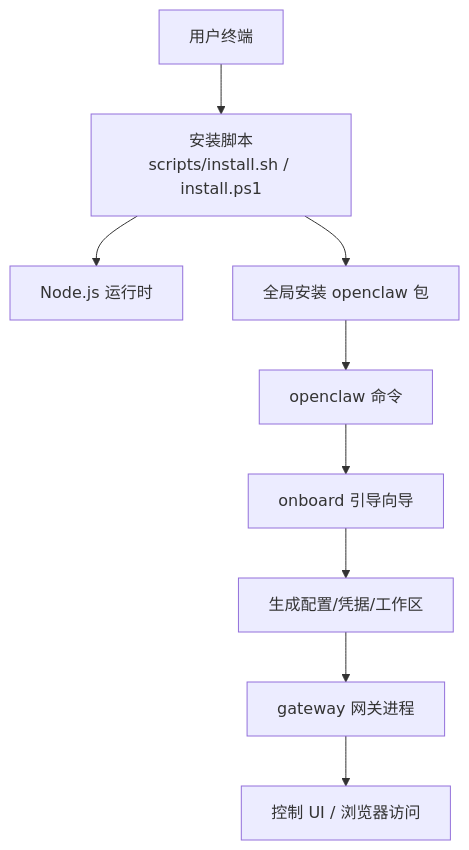
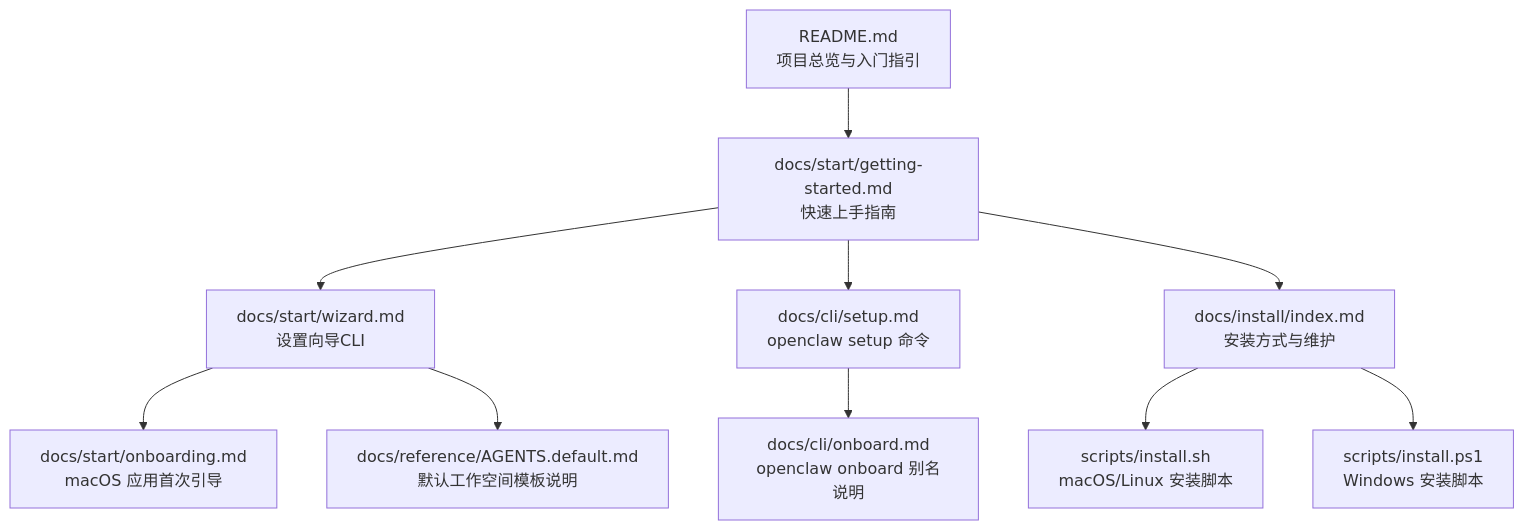
One commit to botx-work/OpenClaw-Internals changed the first of 3 diagrams in repowiki/zh/content/项目概述/快速开始.md. Above: the diagram before and after it, drawn with Mermaid. The commit also changed other lines of this file and 542 other files, not shown here.

````diff
--- a/repowiki/zh/content/项目概述/快速开始.md
+++ b/repowiki/zh/content/项目概述/快速开始.md
@@ -40,11 +36,12 @@
 ```mermaid
 graph TB
-A["用户终端"] --> B["安装脚本<br/>scripts/install.sh / install.ps1"]
-B --> C["Node.js 运行时"]
-B --> D["全局安装 openclaw 包"]
-D --> E["openclaw 命令"]
-E --> F["onboard 引导向导"]
-F --> G["生成配置/凭据/工作区"]
-G --> H["gateway 网关进程"]
-H --> I["控制 UI / 浏览器访问"]
+A["README.md<br/>项目总览与入门指引"] --> B["docs/start/getting-started.md<br/>快速上手指南"]
+B --> C["docs/start/wizard.md<br/>设置向导CLI"]
+B --> D["docs/cli/setup.md<br/>openclaw setup 命令"]
+B --> E["docs/install/index.md<br/>安装方式与维护"]
+E --> F["scripts/install.sh<br/>macOS/Linux 安装脚本"]
+E --> G["scripts/install.ps1<br/>Windows 安装脚本"]
+C --> H["docs/start/onboarding.md<br/>macOS 应用首次引导"]
+C --> I["docs/reference/AGENTS.default.md<br/>默认工作空间模板说明"]
+D --> J["docs/cli/onboard.md<br/>openclaw onboard 别名说明"]
 ```
````
